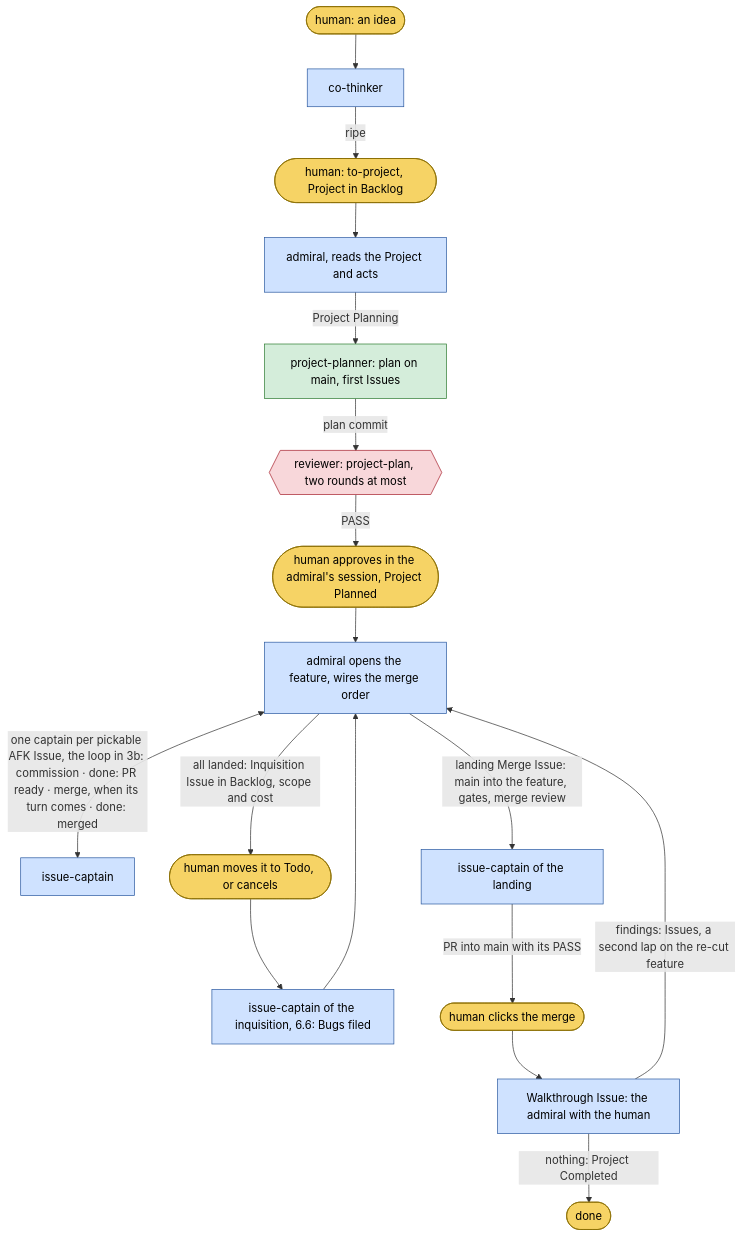
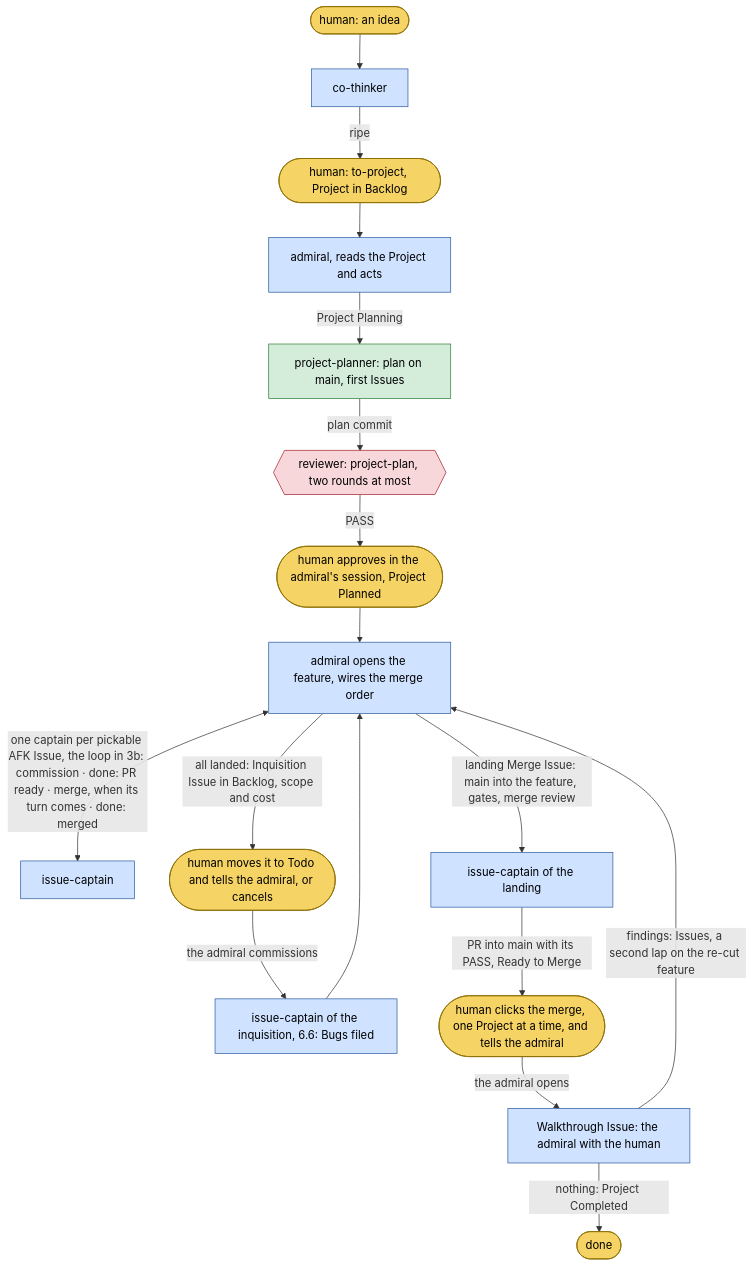
Before and after one commit to bodnarbalazs/dydo: the first of 12 diagrams in dydo/understand/control-flow.md, drawn with Mermaid. The commit also changed other lines of this file and 6 other files, not shown here.

First line of the commit message:
docs: DR 047 second grill: Ready to Merge, priority, the two wake signals, two tiers; setup guide; standard and map amended

````diff
--- a/dydo/understand/control-flow.md
+++ b/dydo/understand/control-flow.md
@@ -96,24 +96,24 @@
 ```mermaid
 flowchart TD
   classDef human fill:#f6d365,stroke:#8a6d00,color:#000
   classDef hat fill:#cfe2ff,stroke:#2c5aa0,color:#000
   classDef worker fill:#d4edda,stroke:#2e7d32,color:#000
   classDef reviewer fill:#f8d7da,stroke:#a71d2a,color:#000
 
   H0([human: an idea]):::human --> CT[co-thinker]:::hat
   CT -->|ripe| TP([human: to-project, Project in Backlog]):::human
   TP --> AD[admiral, reads the Project and acts]:::hat
   AD -->|Project Planning| PP[project-planner: plan on main, first Issues]:::worker
   PP -->|plan commit| RP{{reviewer: project-plan, two rounds at most}}:::reviewer
   RP -->|PASS| H1([human approves in the admiral's session, Project Planned]):::human
   H1 --> OP[admiral opens the feature, wires the merge order]:::hat
   OP <-->|"one captain per pickable AFK Issue, the loop in 3b: commission · done: PR ready · merge, when its turn comes · done: merged"| IC[issue-captain]:::hat
-  OP -->|all landed: Inquisition Issue in Backlog, scope and cost| H2([human moves it to Todo, or cancels]):::human
-  H2 --> IQ[issue-captain of the inquisition, 6.6: Bugs filed]:::hat
+  OP -->|all landed: Inquisition Issue in Backlog, scope and cost| H2([human moves it to Todo and tells the admiral, or cancels]):::human
+  H2 -->|the admiral commissions| IQ[issue-captain of the inquisition, 6.6: Bugs filed]:::hat
   IQ --> OP
   OP -->|landing Merge Issue: main into the feature, gates, merge review| LM[issue-captain of the landing]:::hat
-  LM -->|PR into main with its PASS| H3([human clicks the merge]):::human
-  H3 --> WT[Walkthrough Issue: the admiral with the human]:::hat
+  LM -->|PR into main with its PASS, Ready to Merge| H3([human clicks the merge, one Project at a time, and tells the admiral]):::human
+  H3 -->|the admiral opens| WT[Walkthrough Issue: the admiral with the human]:::hat
   WT -->|findings: Issues, a second lap on the re-cut feature| OP
   WT -->|nothing: Project Completed| END([done]):::human
 ```
````
